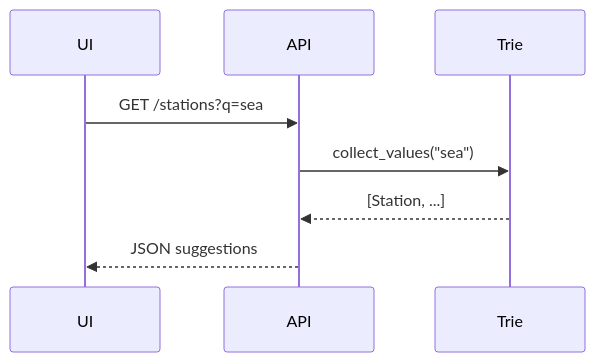
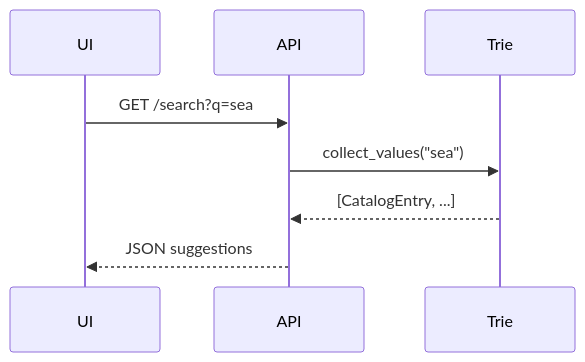
The eighth of 8 diagrams in docs/dsa/data-structures/tries/index.md (qgjones9/python-programming-guide), drawn with Mermaid before and after one commit. The commit also changed other lines of this file and 31 other files, not shown here.

````diff
--- a/docs/dsa/data-structures/tries/index.md
+++ b/docs/dsa/data-structures/tries/index.md
@@ -744,10 +744,10 @@
 ```mermaid
 sequenceDiagram
   participant UI
   participant API
   participant Trie
-  UI->>API: GET /stations?q=sea
+  UI->>API: GET /search?q=sea
   API->>Trie: collect_values("sea")
-  Trie-->>API: [Station, ...]
+  Trie-->>API: [CatalogEntry, ...]
   API-->>UI: JSON suggestions
 ```
````
